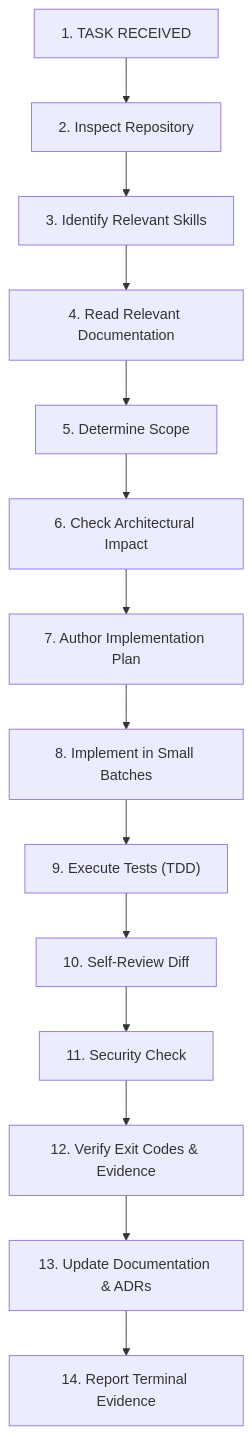
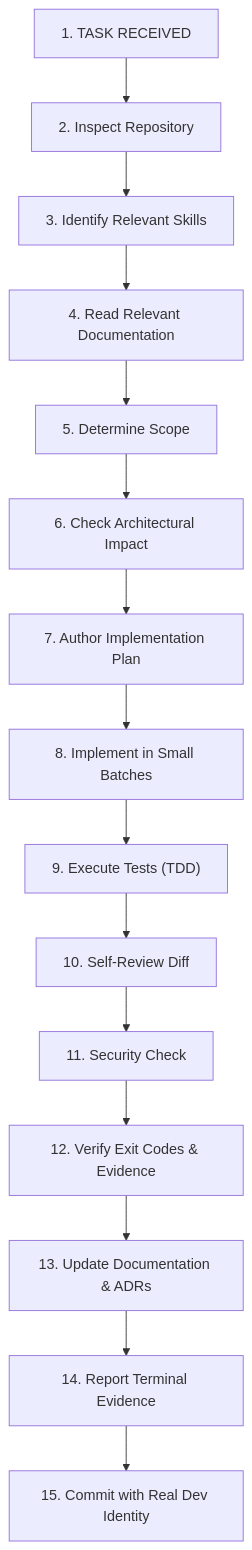
One commit to VAIBHAV7848/Mini-Project changed the diagram in docs/development/ai-development-protocol.md. Above: the diagram before and after it, drawn with Mermaid. The commit also changed other lines of this file and 3 other files, not shown here.

Commit message:
docs: enforce git commit policy and author identity governance

````diff
--- a/docs/development/ai-development-protocol.md
+++ b/docs/development/ai-development-protocol.md
@@ -12,16 +12,17 @@
 ```mermaid
 flowchart TD
     A["1. TASK RECEIVED"] --> B["2. Inspect Repository"]
     B --> C["3. Identify Relevant Skills"]
     C --> D["4. Read Relevant Documentation"]
     D --> E["5. Determine Scope"]
     E --> F["6. Check Architectural Impact"]
     F --> G["7. Author Implementation Plan"]
     G --> H["8. Implement in Small Batches"]
     H --> I["9. Execute Tests (TDD)"]
     I --> J["10. Self-Review Diff"]
     J --> K["11. Security Check"]
     K --> L["12. Verify Exit Codes & Evidence"]
     L --> M["13. Update Documentation & ADRs"]
     M --> N["14. Report Terminal Evidence"]
+    N --> O["15. Commit with Real Dev Identity"]
 ```
````
